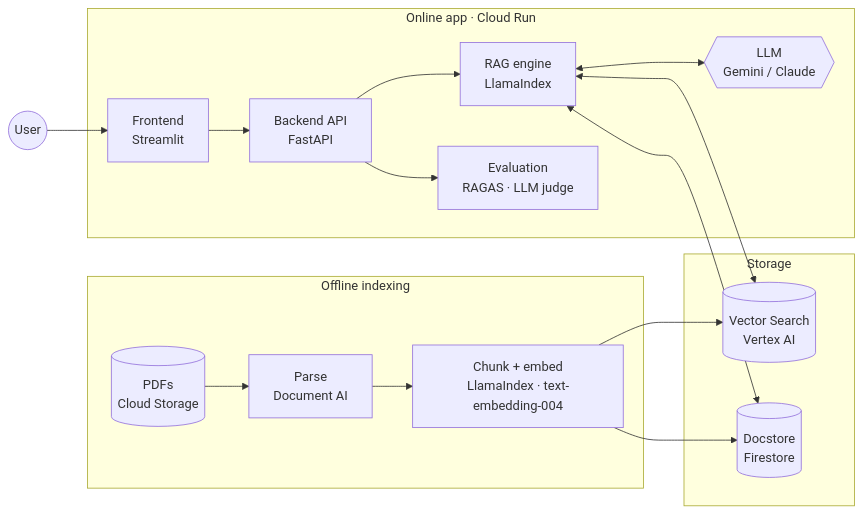
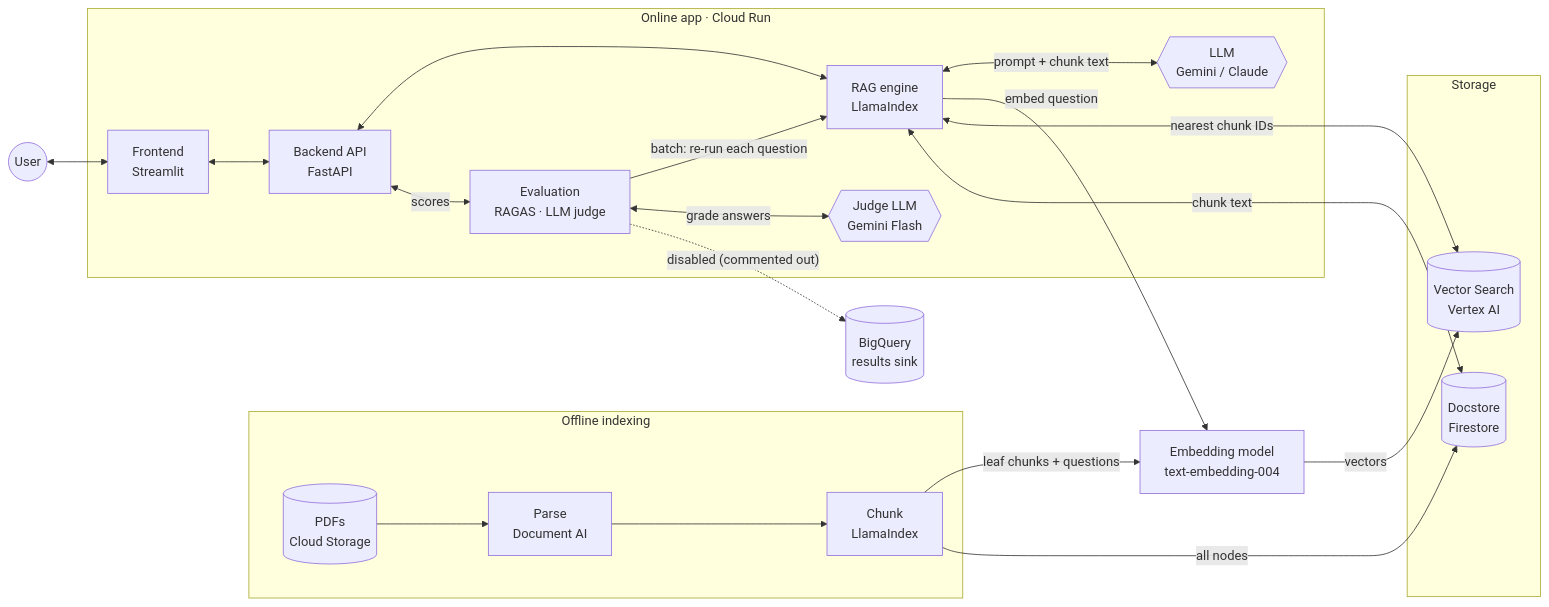
The first of 2 diagrams in ARCHITECTURE.md (RL1812/RAG-Study), drawn with Mermaid before and after one commit. The commit also changed other lines of this file, not shown here.

Commit message:
updated md

````diff
--- a/ARCHITECTURE.md
+++ b/ARCHITECTURE.md
@@ -23,23 +23,34 @@
 ```mermaid
 flowchart LR
     subgraph Indexing["Offline indexing"]
         PDF[("PDFs<br/>Cloud Storage")] --> PARSE["Parse<br/>Document AI"]
-        PARSE --> CHUNK["Chunk + embed<br/>LlamaIndex · text-embedding-004"]
+        PARSE --> CHUNK["Chunk<br/>LlamaIndex"]
     end
+
+    EMB["Embedding model<br/>text-embedding-004"]
 
     subgraph Storage["Storage"]
         VS[("Vector Search<br/>Vertex AI")]
         FS[("Docstore<br/>Firestore")]
     end
 
     subgraph App["Online app · Cloud Run"]
-        UI["Frontend<br/>Streamlit"] --> API["Backend API<br/>FastAPI"]
-        API --> RAG["RAG engine<br/>LlamaIndex"]
-        RAG <--> LLM{{"LLM<br/>Gemini / Claude"}}
-        API --> EVAL["Evaluation<br/>RAGAS · LLM judge"]
+        UI["Frontend<br/>Streamlit"] <--> API["Backend API<br/>FastAPI"]
+        API <--> RAG["RAG engine<br/>LlamaIndex"]
+        RAG <-->|"prompt + chunk text"| LLM{{"LLM<br/>Gemini / Claude"}}
+        API <-->|"scores"| EVAL["Evaluation<br/>RAGAS · LLM judge"]
+        EVAL -->|"batch: re-run each question"| RAG
+        EVAL <-->|"grade answers"| JUDGE{{"Judge LLM<br/>Gemini Flash"}}
     end
 
-    USER(("User")) --> UI
-    CHUNK --> VS & FS
-    RAG <--> VS & FS
+    BQ[("BigQuery<br/>results sink")]
+
+    USER(("User")) <--> UI
+    CHUNK -->|"leaf chunks + questions"| EMB
+    EMB -->|"vectors"| VS
+    CHUNK -->|"all nodes"| FS
+    RAG -->|"embed question"| EMB
+    RAG <-->|"nearest chunk IDs"| VS
+    RAG <-->|"chunk text"| FS
+    EVAL -.->|"disabled (commented out)"| BQ
 ```
````
